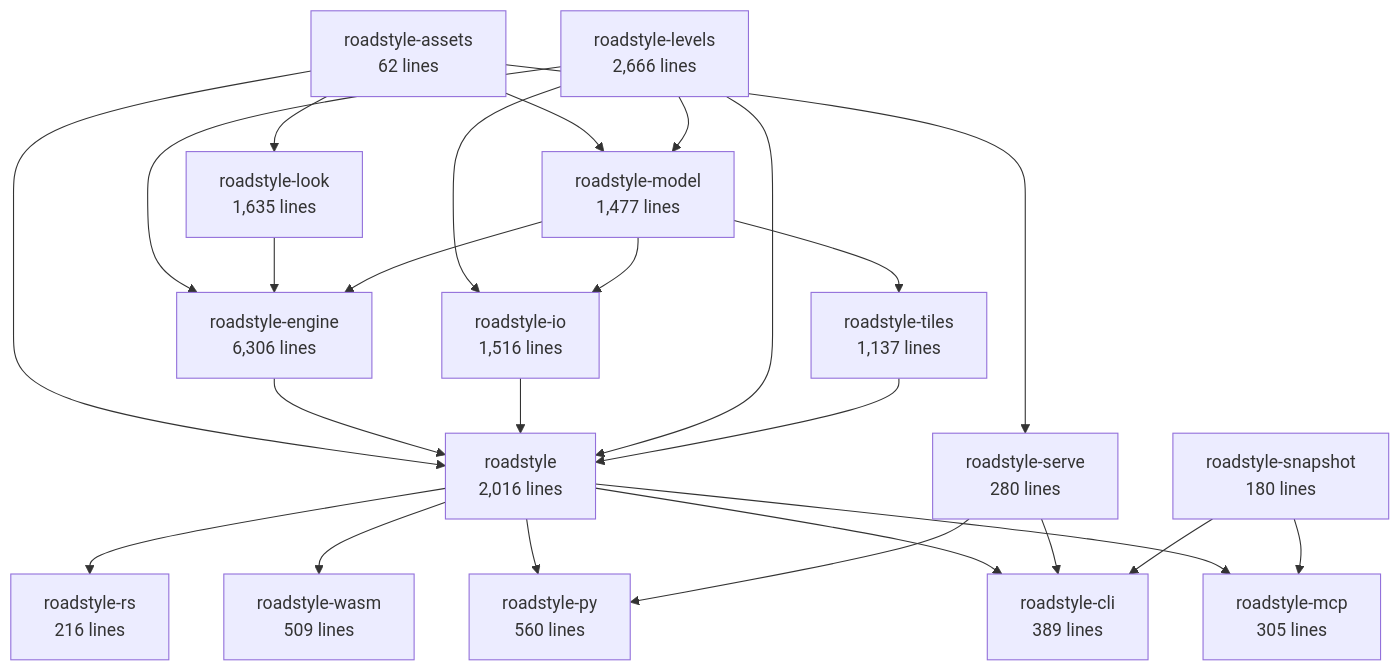
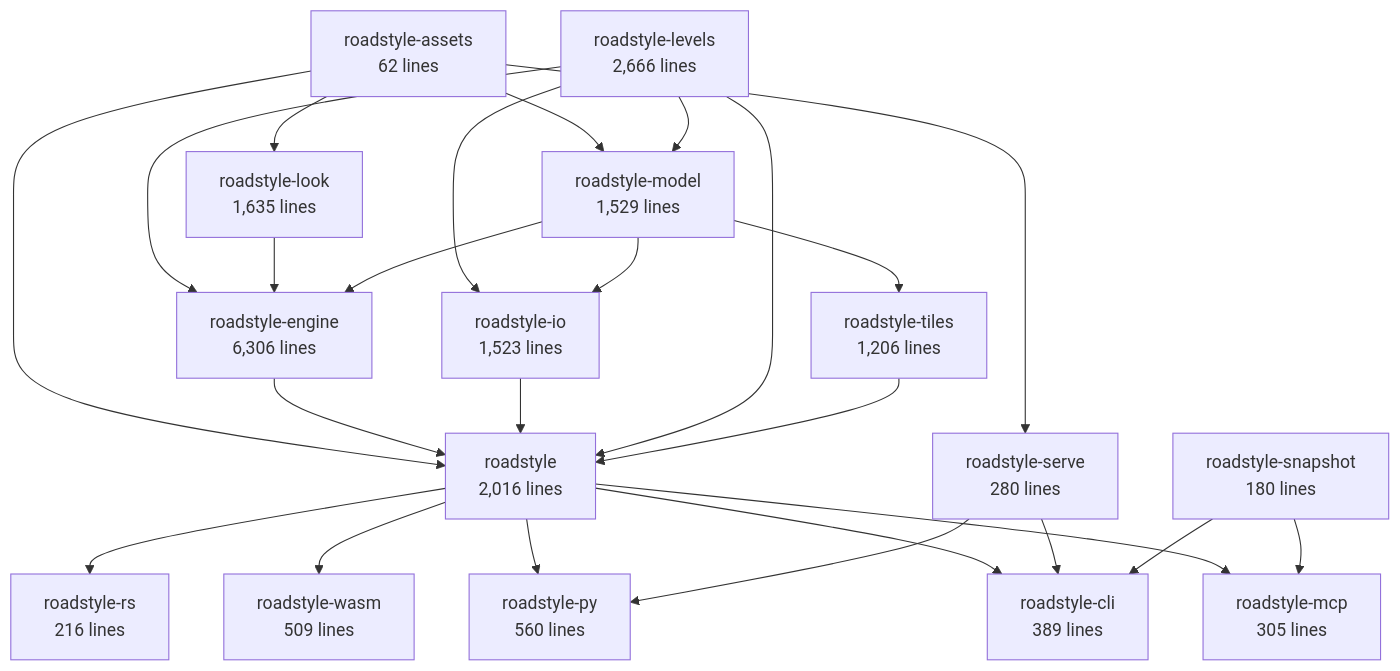
One commit to Khoshkhah/roadstyle changed the second of 6 diagrams in docs/rust/architecture.md. Above: the diagram before and after it, drawn with Mermaid. The commit also changed other lines of this file and 18 other files, not shown here.

First line of the commit message:
T3: the road model's and the tiles' errors are typed (roadstyle_model::Error, roadstyle_tiles::Error)

````diff
--- a/docs/rust/architecture.md
+++ b/docs/rust/architecture.md
@@ -70,42 +70,42 @@
 ```mermaid
 flowchart TB
     roadstyle_assets["roadstyle-assets<br/>62 lines"]
-    roadstyle_model["roadstyle-model<br/>1,477 lines"]
+    roadstyle_model["roadstyle-model<br/>1,529 lines"]
     roadstyle_look["roadstyle-look<br/>1,635 lines"]
-    roadstyle_io["roadstyle-io<br/>1,516 lines"]
+    roadstyle_io["roadstyle-io<br/>1,523 lines"]
     roadstyle_levels["roadstyle-levels<br/>2,666 lines"]
     roadstyle_engine["roadstyle-engine<br/>6,306 lines"]
-    roadstyle_tiles["roadstyle-tiles<br/>1,137 lines"]
+    roadstyle_tiles["roadstyle-tiles<br/>1,206 lines"]
     roadstyle["roadstyle<br/>2,016 lines"]
     roadstyle_rs["roadstyle-rs<br/>216 lines"]
     roadstyle_wasm["roadstyle-wasm<br/>509 lines"]
     roadstyle_py["roadstyle-py<br/>560 lines"]
     roadstyle_cli["roadstyle-cli<br/>389 lines"]
     roadstyle_mcp["roadstyle-mcp<br/>305 lines"]
     roadstyle_serve["roadstyle-serve<br/>280 lines"]
     roadstyle_snapshot["roadstyle-snapshot<br/>180 lines"]
     roadstyle_assets --> roadstyle_model
     roadstyle_levels --> roadstyle_model
     roadstyle_assets --> roadstyle_look
     roadstyle_levels --> roadstyle_io
     roadstyle_model --> roadstyle_io
     roadstyle_levels --> roadstyle_engine
     roadstyle_look --> roadstyle_engine
     roadstyle_model --> roadstyle_engine
     roadstyle_model --> roadstyle_tiles
     roadstyle_assets --> roadstyle
     roadstyle_engine --> roadstyle
     roadstyle_io --> roadstyle
     roadstyle_levels --> roadstyle
     roadstyle_tiles --> roadstyle
     roadstyle --> roadstyle_rs
     roadstyle --> roadstyle_wasm
     roadstyle --> roadstyle_py
     roadstyle_serve --> roadstyle_py
     roadstyle --> roadstyle_cli
     roadstyle_serve --> roadstyle_cli
     roadstyle_snapshot --> roadstyle_cli
     roadstyle --> roadstyle_mcp
     roadstyle_snapshot --> roadstyle_mcp
     roadstyle_assets --> roadstyle_serve
 ```
````
